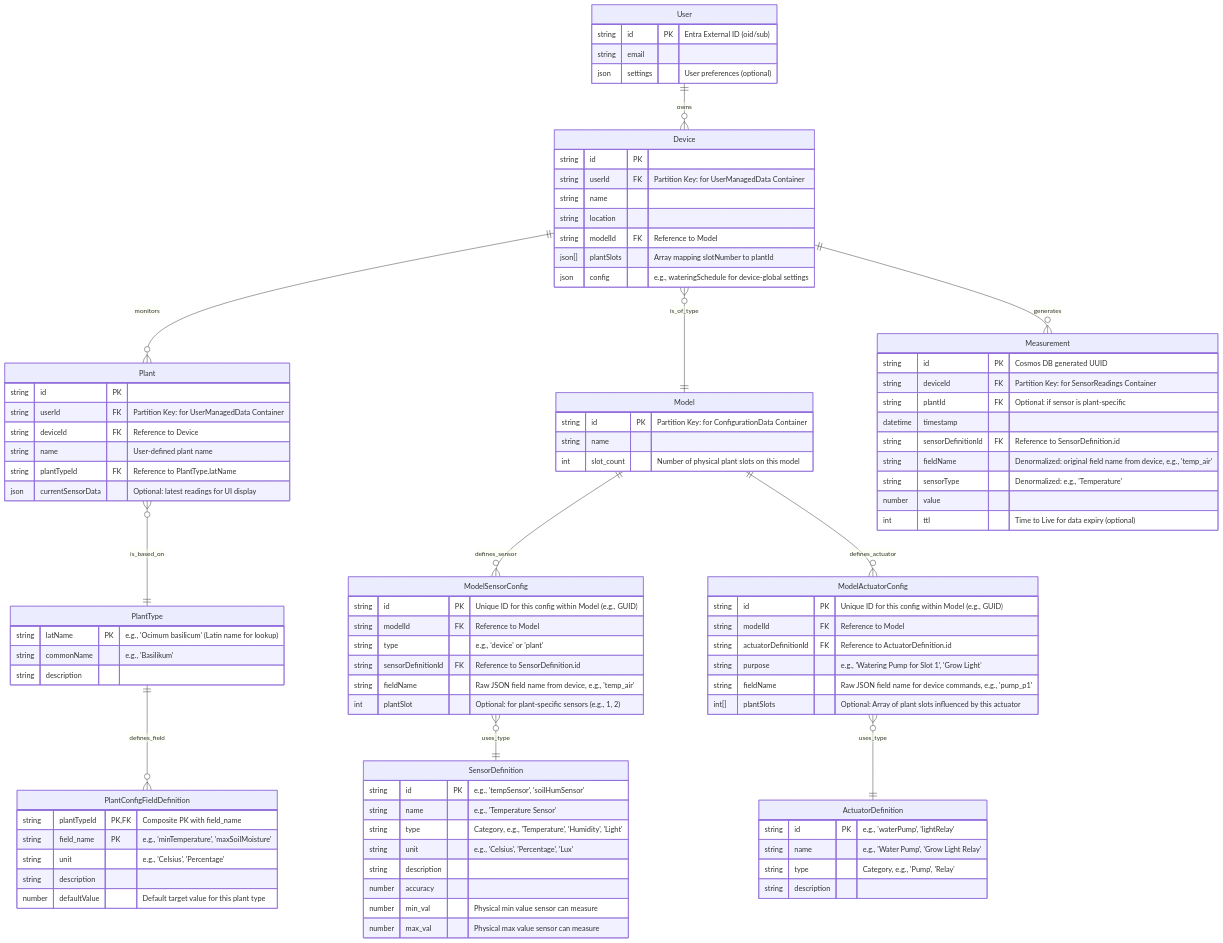
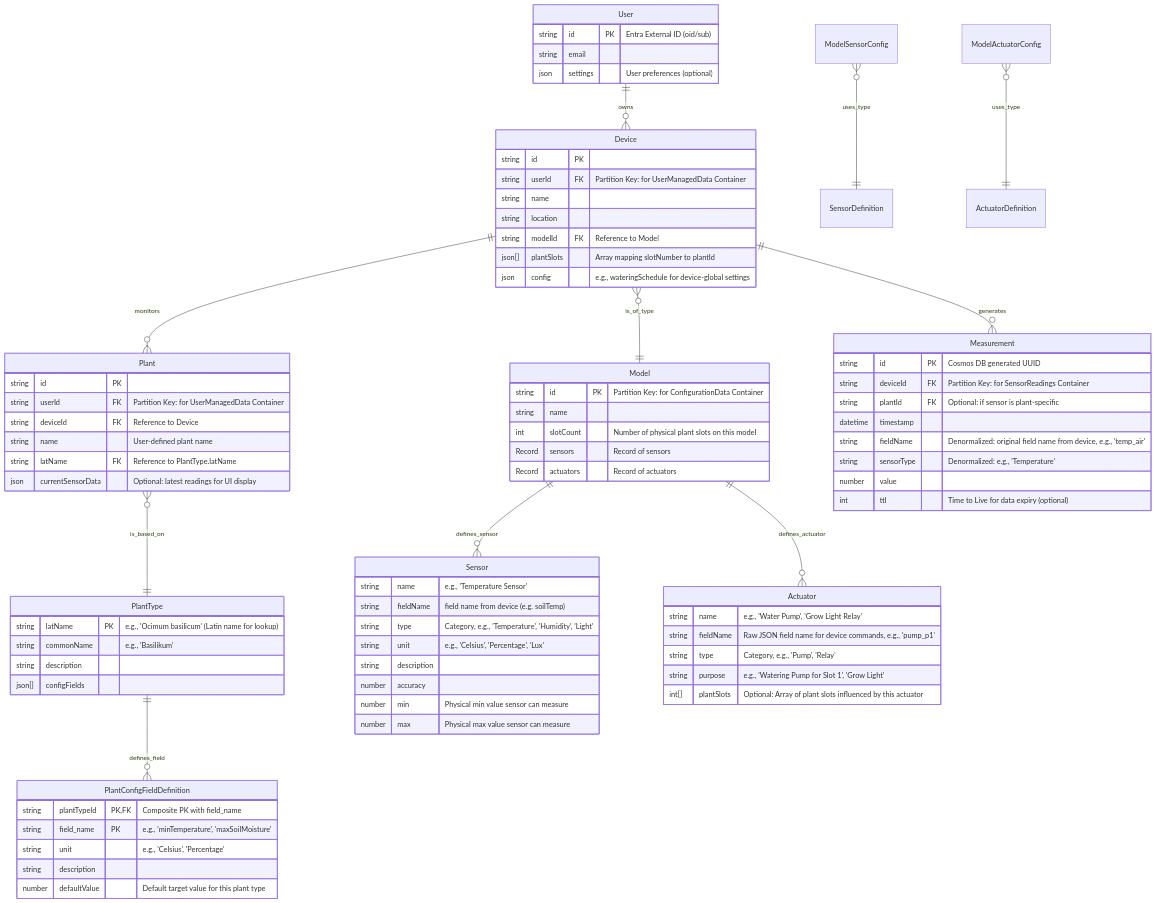
One commit to VadimSokow/Plantmatic changed the diagram in doc/diagrams/db_reworked.mermaid. Above: the diagram before and after it, drawn with Mermaid.

Commit message:
Update DB-Model

```diff
--- a/doc/diagrams/db_reworked.mermaid
+++ b/doc/diagrams/db_reworked.mermaid
@@ -1,107 +1,95 @@
 erDiagram
     User ||--o{ Device: owns
     Device ||--o{ Plant: monitors
     Device }o--|| Model: is_of_type
     Plant }o--|| PlantType: is_based_on
     Device ||--o{ Measurement: generates
-    Model ||--o{ ModelSensorConfig: defines_sensor
-    Model ||--o{ ModelActuatorConfig: defines_actuator
+    Model ||--o{ Sensor: defines_sensor
+    Model ||--o{ Actuator: defines_actuator
     ModelSensorConfig }o--|| SensorDefinition: uses_type
     ModelActuatorConfig }o--|| ActuatorDefinition: uses_type
     PlantType ||--o{ PlantConfigFieldDefinition: defines_field
 
     User {
         string id PK "Entra External ID (oid/sub)"
         string email
         json settings "User preferences (optional)"
     }
 
     Device {
         string id PK
         string userId FK "Partition Key: for UserManagedData Container"
         string name
         string location
         string modelId FK "Reference to Model"
         json[] plantSlots "Array mapping slotNumber to plantId"
     %% datetime lastSeen "Timestamp of last contact (optional, from IoT Hub)"
     %% string status "Derived from lastSeen (optional)"
         json config "e.g., wateringSchedule for device-global settings"
     }
 
     Plant {
         string id PK
         string userId FK "Partition Key: for UserManagedData Container"
         string deviceId FK "Reference to Device"
         string name "User-defined plant name"
-        string plantTypeId FK "Reference to PlantType.latName"
+        string latName FK "Reference to PlantType.latName"
     %% json config removed, defaults now in PlantConfigFieldDefinition
         json currentSensorData "Optional: latest readings for UI display"
     }
 
     Model {
         string id PK "Partition Key: for ConfigurationData Container"
         string name
-        int slot_count "Number of physical plant slots on this model"
+        int slotCount "Number of physical plant slots on this model"
+        Record sensors "Record of sensors"
+        Record actuators "Record of actuators"
     }
 
-    ModelSensorConfig {
-        string id PK "Unique ID for this config within Model (e.g., GUID)"
-        string modelId FK "Reference to Model"
-        string type "e.g., 'device' or 'plant'"
-        string sensorDefinitionId FK "Reference to SensorDefinition.id"
-        string fieldName "Raw JSON field name from device, e.g., 'temp_air'"
-        int plantSlot "Optional: for plant-specific sensors (e.g., 1, 2)"
-    }
-
-    ModelActuatorConfig {
-        string id PK "Unique ID for this config within Model (e.g., GUID)"
-        string modelId FK "Reference to Model"
-        string actuatorDefinitionId FK "Reference to ActuatorDefinition.id"
-        string purpose "e.g., 'Watering Pump for Slot 1', 'Grow Light'"
-        string fieldName "Raw JSON field name for device commands, e.g., 'pump_p1'"
-        int[] plantSlots "Optional: Array of plant slots influenced by this actuator"
-    }
-
-    SensorDefinition {
-        string id PK "e.g., 'tempSensor', 'soilHumSensor'"
+    Sensor {
         string name "e.g., 'Temperature Sensor'"
+        string fieldName "field name from device (e.g. soilTemp)"
         string type "Category, e.g., 'Temperature', 'Humidity', 'Light'"
         string unit "e.g., 'Celsius', 'Percentage', 'Lux'"
         string description
         number accuracy
-        number min_val "Physical min value sensor can measure"
-        number max_val "Physical max value sensor can measure"
+        number min "Physical min value sensor can measure"
+        number max "Physical max value sensor can measure"
     }
 
-    ActuatorDefinition {
-        string id PK "e.g., 'waterPump', 'lightRelay'"
+    Actuator {
         string name "e.g., 'Water Pump', 'Grow Light Relay'"
+        string fieldName "Raw JSON field name for device commands, e.g., 'pump_p1'"
         string type "Category, e.g., 'Pump', 'Relay'"
-        string description
+        string  purpose "e.g., 'Watering Pump for Slot 1', 'Grow Light'"
+        int[] plantSlots "Optional: Array of plant slots influenced by this actuator"
     }
+
+
+
 
     PlantType {
         string latName PK "e.g., 'Ocimum basilicum' (Latin name for lookup)"
         string commonName "e.g., 'Basilikum'"
         string description
+        json[] configFields
     }
 
     PlantConfigFieldDefinition {
         string plantTypeId PK, FK "Composite PK with field_name"
         string field_name PK "e.g., 'minTemperature', 'maxSoilMoisture'"
         string unit "e.g., 'Celsius', 'Percentage'"
         string description
         number defaultValue "Default target value for this plant type"
     }
 
     Measurement {
         string id PK "Cosmos DB generated UUID"
         string deviceId FK "Partition Key: for SensorReadings Container"
         string plantId FK "Optional: if sensor is plant-specific"
         datetime timestamp
-        string sensorDefinitionId FK "Reference to SensorDefinition.id"
         string fieldName "Denormalized: original field name from device, e.g., 'temp_air'"
         string sensorType "Denormalized: e.g., 'Temperature'"
         number value
         int ttl "Time to Live for data expiry (optional)"
     }
```
